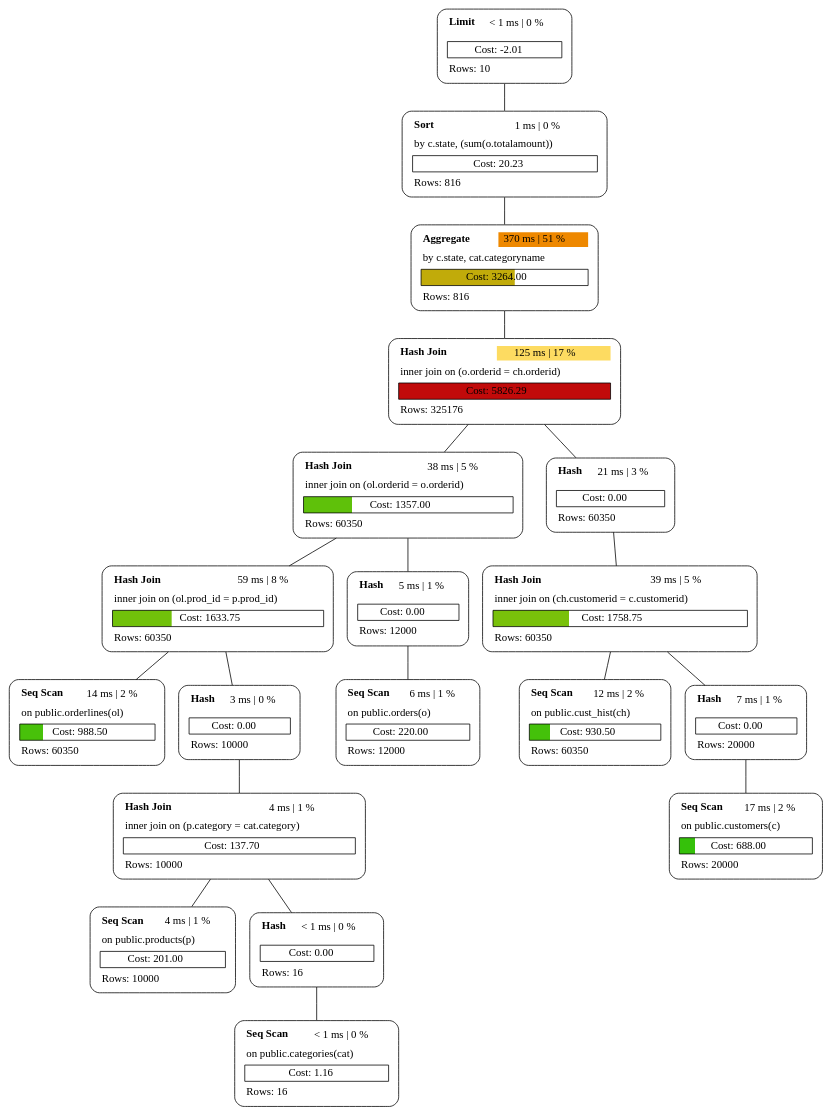
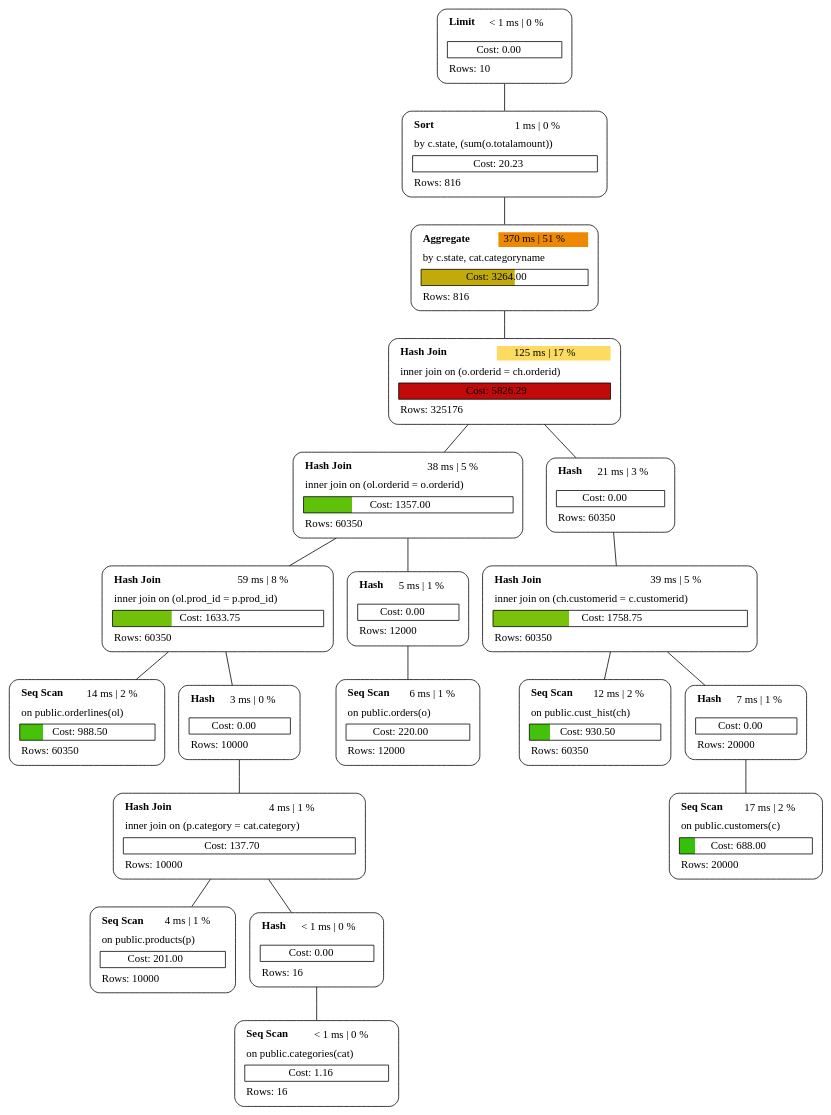
Before and after one commit to sanpii/explain: the diagram in examples/plan_5.dot, drawn with Graphviz. The commit also changed 4 other files, not shown here.

```diff
--- a/examples/plan_5.dot
+++ b/examples/plan_5.dot
@@ -1,39 +1,39 @@
 graph explain {
-    node0[label=<<table border="0" cellborder="0" cellspacing="5"><tr><td align="left"><b>Limit</b></td><td>&lt; 1 ms | 0 %</td></tr><tr><td colspan="2" align="left"></td></tr><tr><td colspan="2" border="1" >Cost: -2.01</td></tr><tr><td colspan="2" align="left">Rows: 10</td></tr></table>>][style="rounded"][shape="box"];
+    node0[label=<<table border="0" cellborder="0" cellspacing="5"><tr><td align="left"><b>Limit</b></td><td>&lt; 1 ms | 0 %</td></tr><tr><td colspan="2" align="left"></td></tr><tr><td colspan="2" border="1" >Cost: 0.00</td></tr><tr><td colspan="2" align="left">Rows: 10</td></tr></table>>][style="rounded"][shape="box"];
     node1[label=<<table border="0" cellborder="0" cellspacing="5"><tr><td align="left"><b>Sort</b></td><td bgcolor="white">1 ms | 0 %</td></tr><tr><td colspan="2" align="left">by c.state, (sum(o.totalamount))</td></tr><tr><td colspan="2" border="1" >Cost: 20.23</td></tr><tr><td colspan="2" align="left">Rows: 816</td></tr></table>>][style="rounded"][shape="box"];
     node2[label=<<table border="0" cellborder="0" cellspacing="5"><tr><td align="left"><b>Aggregate</b></td><td bgcolor="#ee8800">370 ms | 51 %</td></tr><tr><td colspan="2" align="left">by c.state, cat.categoryname</td></tr><tr><td colspan="2" border="1" bgcolor="#c1ab0a;0.56:white">Cost: 3264.00</td></tr><tr><td colspan="2" align="left">Rows: 816</td></tr></table>>][style="rounded"][shape="box"];
     node3[label=<<table border="0" cellborder="0" cellspacing="5"><tr><td align="left"><b>Hash Join</b></td><td bgcolor="#fddb61">125 ms | 17 %</td></tr><tr><td colspan="2" align="left">inner join on (o.orderid = ch.orderid)</td></tr><tr><td colspan="2" border="1" bgcolor="#c10a0a">Cost: 5826.29</td></tr><tr><td colspan="2" align="left">Rows: 325176</td></tr></table>>][style="rounded"][shape="box"];
     node4[label=<<table border="0" cellborder="0" cellspacing="5"><tr><td align="left"><b>Hash Join</b></td><td bgcolor="white">38 ms | 5 %</td></tr><tr><td colspan="2" align="left">inner join on (ol.orderid = o.orderid)</td></tr><tr><td colspan="2" border="1" bgcolor="#5fc10a;0.23:white">Cost: 1357.00</td></tr><tr><td colspan="2" align="left">Rows: 60350</td></tr></table>>][style="rounded"][shape="box"];
     node5[label=<<table border="0" cellborder="0" cellspacing="5"><tr><td align="left"><b>Hash Join</b></td><td bgcolor="white">59 ms | 8 %</td></tr><tr><td colspan="2" align="left">inner join on (ol.prod_id = p.prod_id)</td></tr><tr><td colspan="2" border="1" bgcolor="#71c10a;0.28:white">Cost: 1633.75</td></tr><tr><td colspan="2" align="left">Rows: 60350</td></tr></table>>][style="rounded"][shape="box"];
     node6[label=<<table border="0" cellborder="0" cellspacing="5"><tr><td align="left"><b>Seq Scan</b></td><td bgcolor="white">14 ms | 2 %</td></tr><tr><td colspan="2" align="left">on public.orderlines(ol)</td></tr><tr><td colspan="2" border="1" bgcolor="#48c10a;0.17:white">Cost: 988.50</td></tr><tr><td colspan="2" align="left">Rows: 60350</td></tr></table>>][style="rounded"][shape="box"];
     node7[label=<<table border="0" cellborder="0" cellspacing="5"><tr><td align="left"><b>Hash</b></td><td bgcolor="white">3 ms | 0 %</td></tr><tr><td colspan="2" align="left"></td></tr><tr><td colspan="2" border="1" >Cost: 0.00</td></tr><tr><td colspan="2" align="left">Rows: 10000</td></tr></table>>][style="rounded"][shape="box"];
     node8[label=<<table border="0" cellborder="0" cellspacing="5"><tr><td align="left"><b>Hash Join</b></td><td bgcolor="white">4 ms | 1 %</td></tr><tr><td colspan="2" align="left">inner join on (p.category = cat.category)</td></tr><tr><td colspan="2" border="1" >Cost: 137.70</td></tr><tr><td colspan="2" align="left">Rows: 10000</td></tr></table>>][style="rounded"][shape="box"];
     node9[label=<<table border="0" cellborder="0" cellspacing="5"><tr><td align="left"><b>Seq Scan</b></td><td bgcolor="white">4 ms | 1 %</td></tr><tr><td colspan="2" align="left">on public.products(p)</td></tr><tr><td colspan="2" border="1" >Cost: 201.00</td></tr><tr><td colspan="2" align="left">Rows: 10000</td></tr></table>>][style="rounded"][shape="box"];
     node10[label=<<table border="0" cellborder="0" cellspacing="5"><tr><td align="left"><b>Hash</b></td><td>&lt; 1 ms | 0 %</td></tr><tr><td colspan="2" align="left"></td></tr><tr><td colspan="2" border="1" >Cost: 0.00</td></tr><tr><td colspan="2" align="left">Rows: 16</td></tr></table>>][style="rounded"][shape="box"];
     node11[label=<<table border="0" cellborder="0" cellspacing="5"><tr><td align="left"><b>Seq Scan</b></td><td>&lt; 1 ms | 0 %</td></tr><tr><td colspan="2" align="left">on public.categories(cat)</td></tr><tr><td colspan="2" border="1" >Cost: 1.16</td></tr><tr><td colspan="2" align="left">Rows: 16</td></tr></table>>][style="rounded"][shape="box"];
     node12[label=<<table border="0" cellborder="0" cellspacing="5"><tr><td align="left"><b>Hash</b></td><td bgcolor="white">5 ms | 1 %</td></tr><tr><td colspan="2" align="left"></td></tr><tr><td colspan="2" border="1" >Cost: 0.00</td></tr><tr><td colspan="2" align="left">Rows: 12000</td></tr></table>>][style="rounded"][shape="box"];
     node13[label=<<table border="0" cellborder="0" cellspacing="5"><tr><td align="left"><b>Seq Scan</b></td><td bgcolor="white">6 ms | 1 %</td></tr><tr><td colspan="2" align="left">on public.orders(o)</td></tr><tr><td colspan="2" border="1" >Cost: 220.00</td></tr><tr><td colspan="2" align="left">Rows: 12000</td></tr></table>>][style="rounded"][shape="box"];
     node14[label=<<table border="0" cellborder="0" cellspacing="5"><tr><td align="left"><b>Hash</b></td><td bgcolor="white">21 ms | 3 %</td></tr><tr><td colspan="2" align="left"></td></tr><tr><td colspan="2" border="1" >Cost: 0.00</td></tr><tr><td colspan="2" align="left">Rows: 60350</td></tr></table>>][style="rounded"][shape="box"];
     node15[label=<<table border="0" cellborder="0" cellspacing="5"><tr><td align="left"><b>Hash Join</b></td><td bgcolor="white">39 ms | 5 %</td></tr><tr><td colspan="2" align="left">inner join on (ch.customerid = c.customerid)</td></tr><tr><td colspan="2" border="1" bgcolor="#79c10a;0.30:white">Cost: 1758.75</td></tr><tr><td colspan="2" align="left">Rows: 60350</td></tr></table>>][style="rounded"][shape="box"];
     node16[label=<<table border="0" cellborder="0" cellspacing="5"><tr><td align="left"><b>Seq Scan</b></td><td bgcolor="white">12 ms | 2 %</td></tr><tr><td colspan="2" align="left">on public.cust_hist(ch)</td></tr><tr><td colspan="2" border="1" bgcolor="#44c10a;0.16:white">Cost: 930.50</td></tr><tr><td colspan="2" align="left">Rows: 60350</td></tr></table>>][style="rounded"][shape="box"];
     node17[label=<<table border="0" cellborder="0" cellspacing="5"><tr><td align="left"><b>Hash</b></td><td bgcolor="white">7 ms | 1 %</td></tr><tr><td colspan="2" align="left"></td></tr><tr><td colspan="2" border="1" >Cost: 0.00</td></tr><tr><td colspan="2" align="left">Rows: 20000</td></tr></table>>][style="rounded"][shape="box"];
     node18[label=<<table border="0" cellborder="0" cellspacing="5"><tr><td align="left"><b>Seq Scan</b></td><td bgcolor="white">17 ms | 2 %</td></tr><tr><td colspan="2" align="left">on public.customers(c)</td></tr><tr><td colspan="2" border="1" bgcolor="#35c10a;0.12:white">Cost: 688.00</td></tr><tr><td colspan="2" align="left">Rows: 20000</td></tr></table>>][style="rounded"][shape="box"];
     node0 -- node1[label=""];
     node1 -- node2[label=""];
     node2 -- node3[label=""];
     node3 -- node4[label=""];
     node4 -- node5[label=""];
     node5 -- node6[label=""];
     node5 -- node7[label=""];
     node7 -- node8[label=""];
     node8 -- node9[label=""];
     node8 -- node10[label=""];
     node10 -- node11[label=""];
     node4 -- node12[label=""];
     node12 -- node13[label=""];
     node3 -- node14[label=""];
     node14 -- node15[label=""];
     node15 -- node16[label=""];
     node15 -- node17[label=""];
     node17 -- node18[label=""];
 }
```
